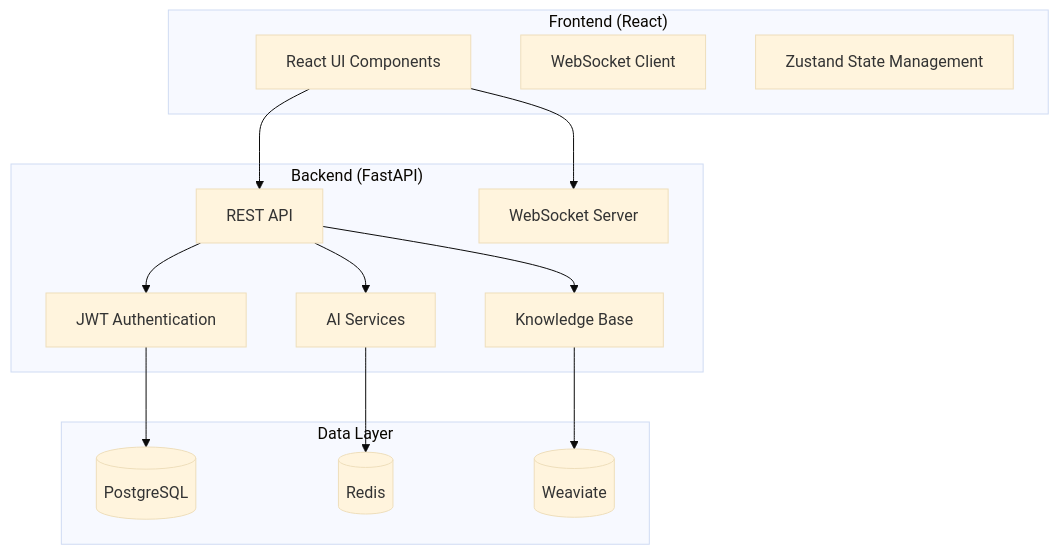
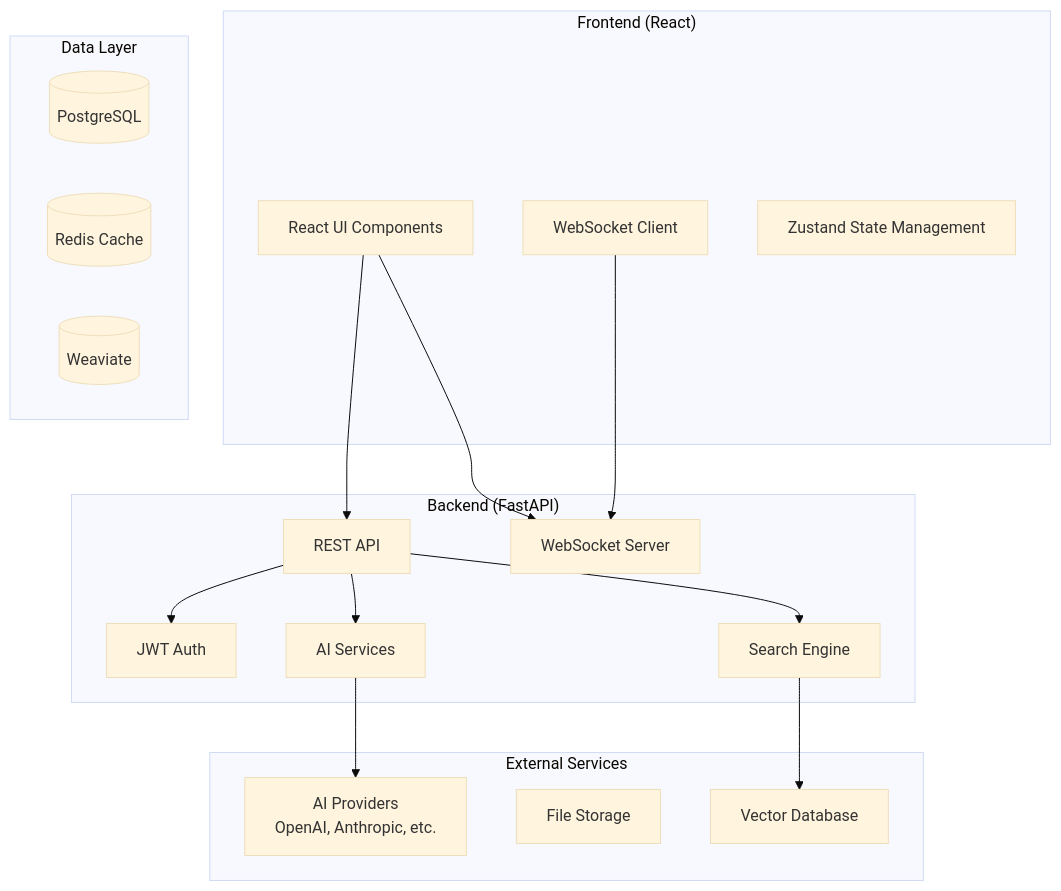
One commit to ConvoSphere/ConvoSphere changed the diagram in docs/index.md. Above: the diagram before and after it, drawn with Mermaid (base theme). The commit also changed other lines of this file and 17 other files, not shown here.

````diff
--- a/docs/index.md
+++ b/docs/index.md
@@ -93,31 +95,37 @@
 ```mermaid
 graph TB
     subgraph "Frontend (React)"
         UI[React UI Components]
         WS[WebSocket Client]
         State[Zustand State Management]
     end
     
     subgraph "Backend (FastAPI)"
         API[REST API]
         WS_Server[WebSocket Server]
-        Auth[JWT Authentication]
+        Auth[JWT Auth]
         AI[AI Services]
-        KB[Knowledge Base]
+        Search[Search Engine]
+    end
+    
+    subgraph "External Services"
+        AI_Providers[AI Providers<br/>OpenAI, Anthropic, etc.]
+        Storage[File Storage]
+        VectorDB[Vector Database]
     end
     
     subgraph "Data Layer"
         PG[(PostgreSQL)]
-        Redis[(Redis)]
+        Redis[(Redis Cache)]
         Weaviate[(Weaviate)]
     end
     
     UI --> API
     UI --> WS_Server
+    WS --> WS_Server
     API --> Auth
     API --> AI
-    API --> KB
-    Auth --> PG
-    AI --> Redis
-    KB --> Weaviate
+    API --> Search
+    AI --> AI_Providers
+    Search --> VectorDB
 ```
````
